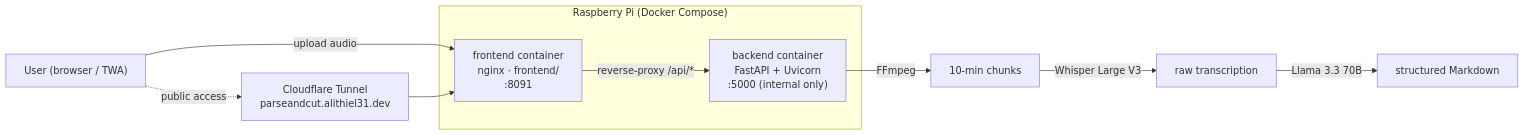
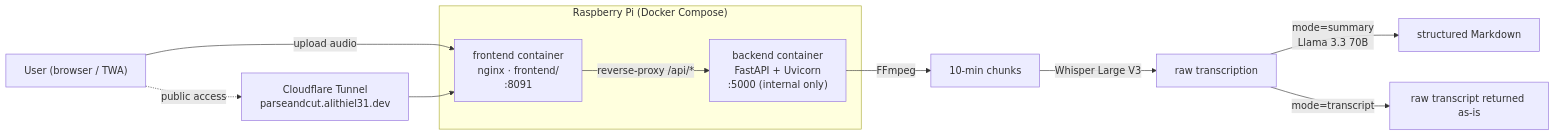
One commit to Alithiel31/ParseAndCutV2 changed the diagram in README.md. Above: the diagram before and after it, drawn with Mermaid. The commit also changed other lines of this file and 2 other files, not shown here.

Commit message:
Documente l'option mode résumé/transcription (README, CHANGELOG)
Met à jour les deux README (features, diagramme d'architecture) et
ajoute une entrée CHANGELOG pour le paramètre mode ajouté sur
/process et /api/transcribe.

````diff
--- a/README.md
+++ b/README.md
@@ -64,17 +65,18 @@
 ```mermaid
 flowchart LR
     U["User (browser / TWA)"] -->|upload audio| FE
 
     subgraph Pi["Raspberry Pi (Docker Compose)"]
         FE["frontend container<br/>nginx · frontend/<br/>:8091"]
         BE["backend container<br/>FastAPI + Uvicorn<br/>:5000 (internal only)"]
         FE -->|reverse-proxy /api/*| BE
     end
 
     BE -->|FFmpeg| CHUNK["10-min chunks"]
     CHUNK -->|Whisper Large V3| TXT["raw transcription"]
-    TXT -->|Llama 3.3 70B| MD["structured Markdown"]
+    TXT -->|"mode=summary"<br/>Llama 3.3 70B| MD["structured Markdown"]
+    TXT -->|"mode=transcript"| RAW["raw transcript returned as-is"]
 
     TUN["Cloudflare Tunnel<br/>parseandcut.alithiel31.dev"] --> FE
     U -.->|public access| TUN
 ```
````
